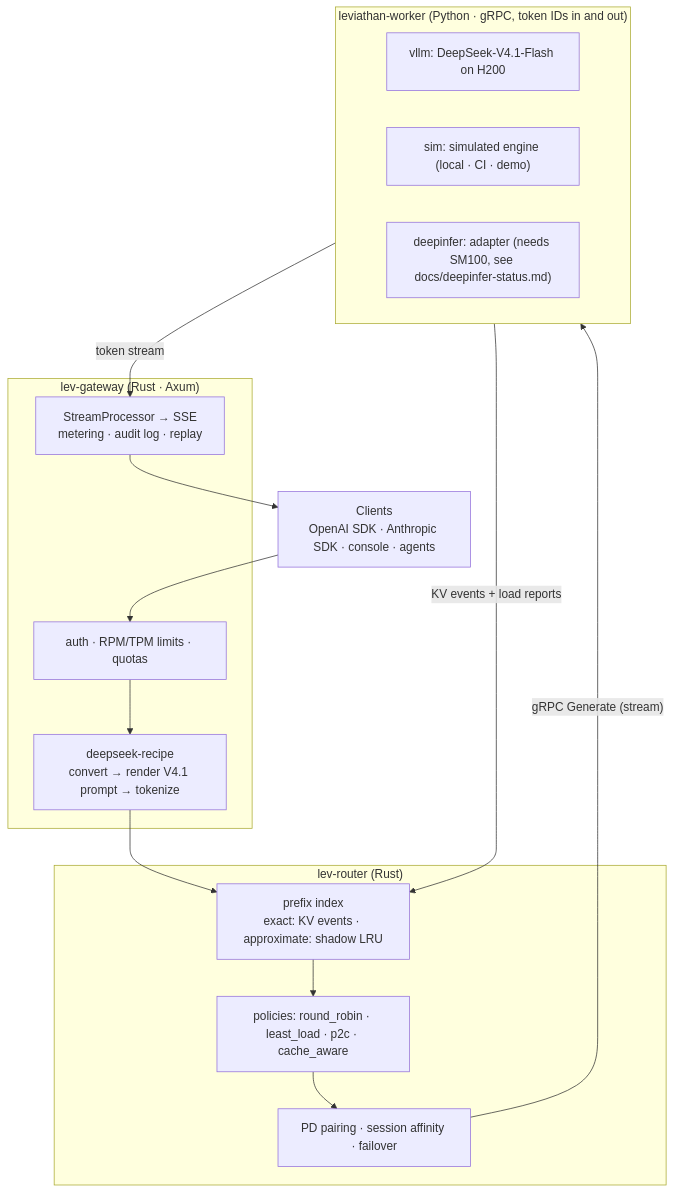
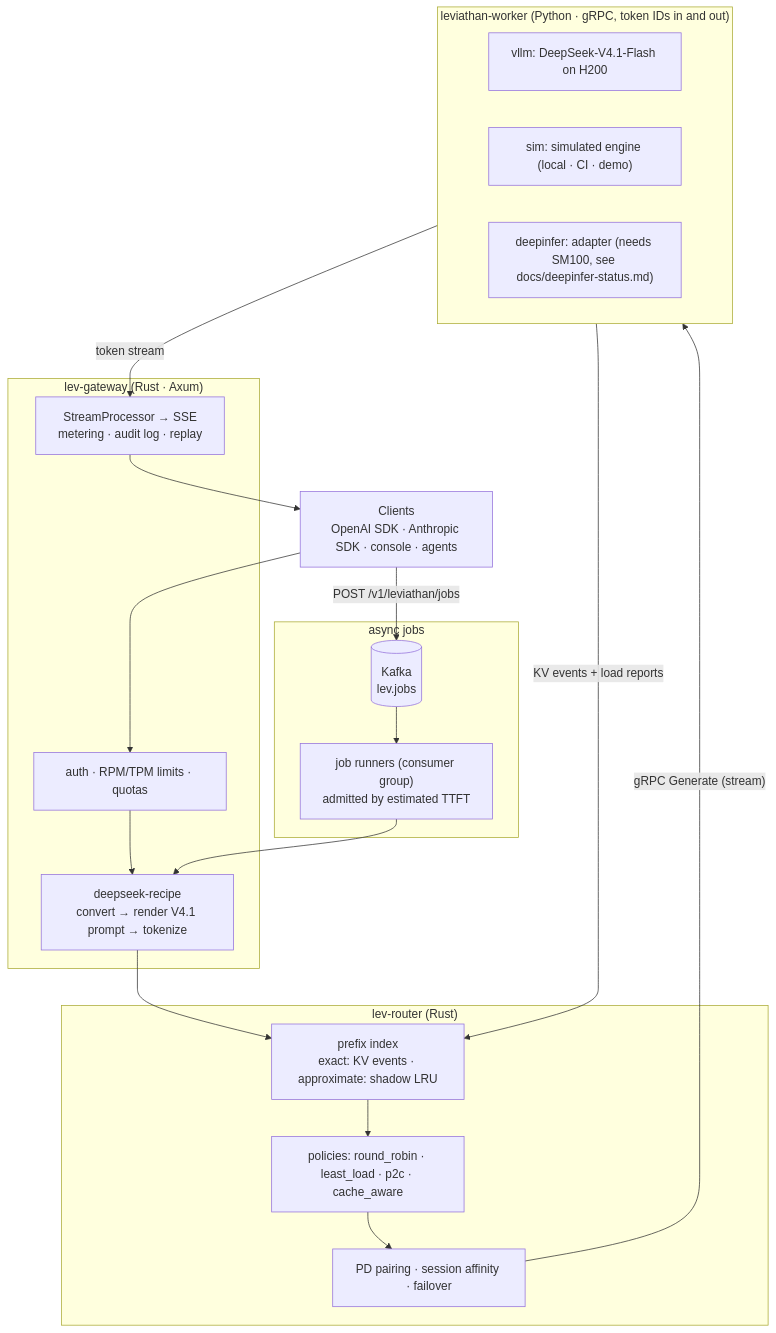
One commit to FufanLu/Inference-Framework-Agent-Based-on-DeepInfer changed the diagram in README.md. Above: the diagram before and after it, drawn with Mermaid. The commit also changed other lines of this file and 35 other files, not shown here.

````diff
--- a/README.md
+++ b/README.md
@@ -22,23 +22,28 @@
 ```mermaid
 flowchart TB
     C["Clients<br/>OpenAI SDK · Anthropic SDK · console · agents"]
     subgraph GW["lev-gateway (Rust · Axum)"]
         A["auth · RPM/TPM limits · quotas"]
         R["deepseek-recipe<br/>convert → render V4.1 prompt → tokenize"]
         S["StreamProcessor → SSE<br/>metering · audit log · replay"]
     end
     subgraph RT["lev-router (Rust)"]
         I["prefix index<br/>exact: KV events · approximate: shadow LRU"]
         P["policies: round_robin · least_load · p2c · cache_aware"]
         D["PD pairing · session affinity · failover"]
     end
+    subgraph JQ["async jobs"]
+        K[("Kafka<br/>lev.jobs")]
+        J["job runners (consumer group)<br/>admitted by estimated TTFT"]
+    end
     subgraph WK["leviathan-worker (Python · gRPC, token IDs in and out)"]
         V["vllm: DeepSeek-V4.1-Flash on H200"]
         M["sim: simulated engine (local · CI · demo)"]
         X["deepinfer: adapter (needs SM100, see docs/deepinfer-status.md)"]
     end
     C --> A --> R --> I --> P --> D
+    C -- "POST /v1/leviathan/jobs" --> K --> J --> R
     D -- "gRPC Generate (stream)" --> WK
     WK -- "KV events + load reports" --> I
     WK -- "token stream" --> S --> C
 ```
````
